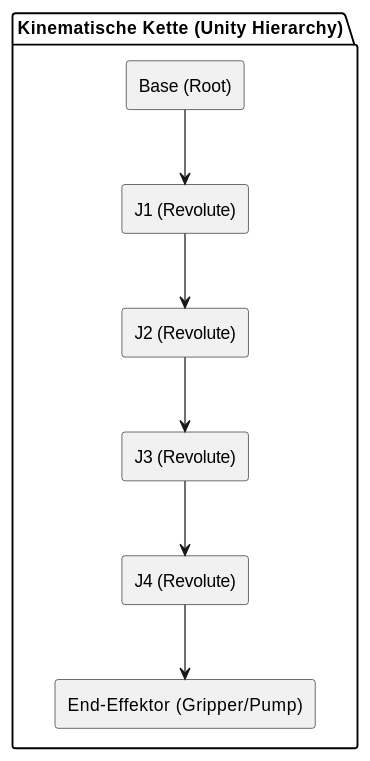
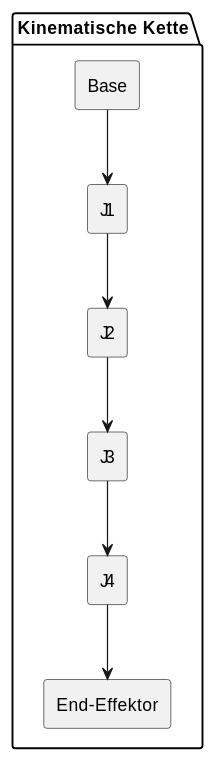
Before and after one commit to Stonehouse1703/DigitalTwin-for-MyPalletizer-UnityVersion: the first of 2 diagrams in docs/asciidoc/chapters/08_concepts.adoc, drawn with PlantUML. The commit also changed other lines of this file and 4 other files, not shown here.

```diff
--- a/docs/asciidoc/chapters/08_concepts.adoc
+++ b/docs/asciidoc/chapters/08_concepts.adoc
@@ -12,14 +12,14 @@
 [plantuml, target="diagram-kinematic-chain", format="png"]
 ----
 @startuml
 skinparam componentStyle rectangle
 
-package "Kinematische Kette (Unity Hierarchy)" {
-    [Base (Root)] --> [J1 (Revolute)]
-    [J1 (Revolute)] --> [J2 (Revolute)]
-    [J2 (Revolute)] --> [J3 (Revolute)]
-    [J3 (Revolute)] --> [J4 (Revolute)]
-    [J4 (Revolute)] --> [End-Effektor (Gripper/Pump)]
+package "Kinematische Kette" {
+    [Base] --> [J1]
+    [J1] --> [J2]
+    [J2] --> [J3]
+    [J3] --> [J4]
+    [J4] --> [End-Effektor]
 }
 @enduml
 ----
```
